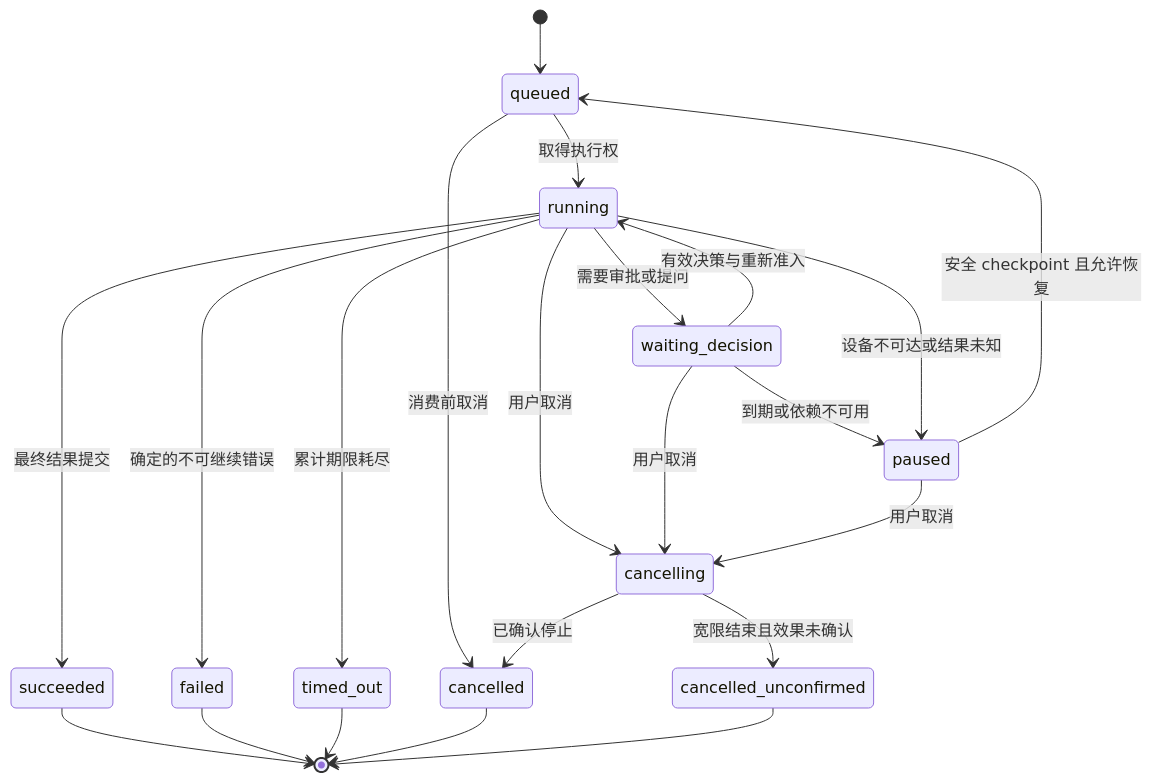
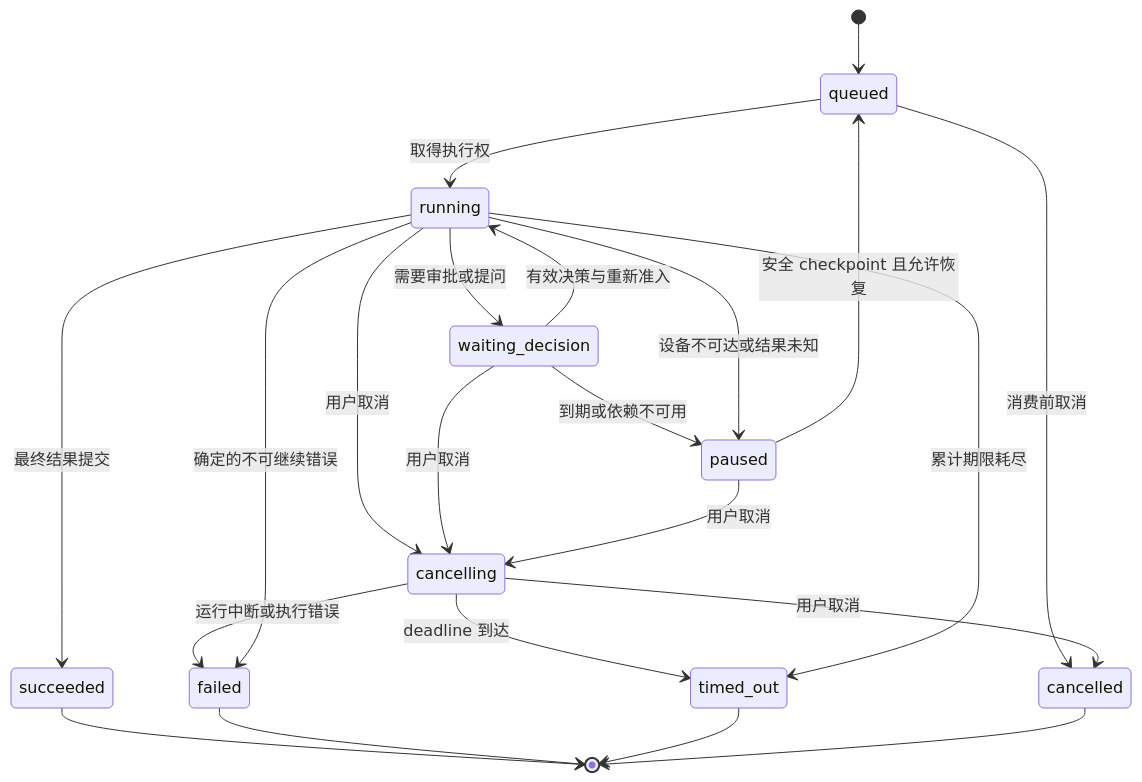
One commit to hu-bo/nova changed the second of 3 diagrams in docs/nova-server.md. Above: the diagram before and after it, drawn with Mermaid. The commit also changed other lines of this file and 54 other files, not shown here.

Commit message:
Remove cancelled unconfirmed run state

````diff
--- a/docs/nova-server.md
+++ b/docs/nova-server.md
@@ -328,24 +328,24 @@
 ```mermaid
 stateDiagram-v2
   [*] --> queued
   queued --> running: 取得执行权
   queued --> cancelled: 消费前取消
   running --> waiting_decision: 需要审批或提问
   waiting_decision --> running: 有效决策与重新准入
   waiting_decision --> paused: 到期或依赖不可用
   running --> paused: 设备不可达或结果未知
   paused --> queued: 安全 checkpoint 且允许恢复
   running --> cancelling: 用户取消
   waiting_decision --> cancelling: 用户取消
   paused --> cancelling: 用户取消
-  cancelling --> cancelled: 已确认停止
-  cancelling --> cancelled_unconfirmed: 宽限结束且效果未确认
+  cancelling --> cancelled: 用户取消
+  cancelling --> timed_out: deadline 到达
+  cancelling --> failed: 运行中断或执行错误
   running --> succeeded: 最终结果提交
   running --> failed: 确定的不可继续错误
   running --> timed_out: 累计期限耗尽
   succeeded --> [*]
   failed --> [*]
   timed_out --> [*]
   cancelled --> [*]
-  cancelled_unconfirmed --> [*]
 ```
````
